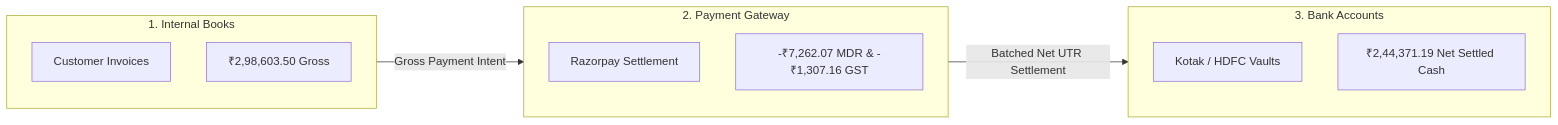
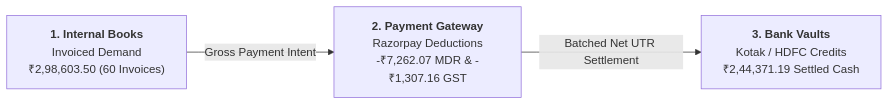
One commit to sharancode3/Finora changed the first of 4 diagrams in README.md. Above: the diagram before and after it, drawn with Mermaid. The commit also changed other lines of this file, not shown here.

Commit message:
docs: streamline architecture diagrams to compact horizontal flows with zero vertical bloat

````diff
--- a/README.md
+++ b/README.md
@@ -69,23 +69,5 @@
 ```mermaid
 flowchart LR
-    subgraph Books["1. Internal Books"]
-        direction TB
-        B1["Customer Invoices"]
-        B2["₹2,98,603.50 Gross"]
-    end
-
-    subgraph Gateway["2. Payment Gateway"]
-        direction TB
-        G1["Razorpay Settlement"]
-        G2["-₹7,262.07 MDR & -₹1,307.16 GST"]
-    end
-
-    subgraph Bank["3. Bank Accounts"]
-        direction TB
-        K1["Kotak / HDFC Vaults"]
-        K2["₹2,44,371.19 Net Settled Cash"]
-    end
-
-    Books -->|"Gross Payment Intent"| Gateway
-    Gateway -->|"Batched Net UTR Settlement"| Bank
+    A["<b>1. Internal Books</b><br/>Invoiced Demand<br/>₹2,98,603.50 (60 Invoices)"] -->|"Gross Payment Intent"| B["<b>2. Payment Gateway</b><br/>Razorpay Deductions<br/>-₹7,262.07 MDR & -₹1,307.16 GST"]
+    B -->|"Batched Net UTR Settlement"| C["<b>3. Bank Vaults</b><br/>Kotak / HDFC Credits<br/>₹2,44,371.19 Settled Cash"]
 ```
````
